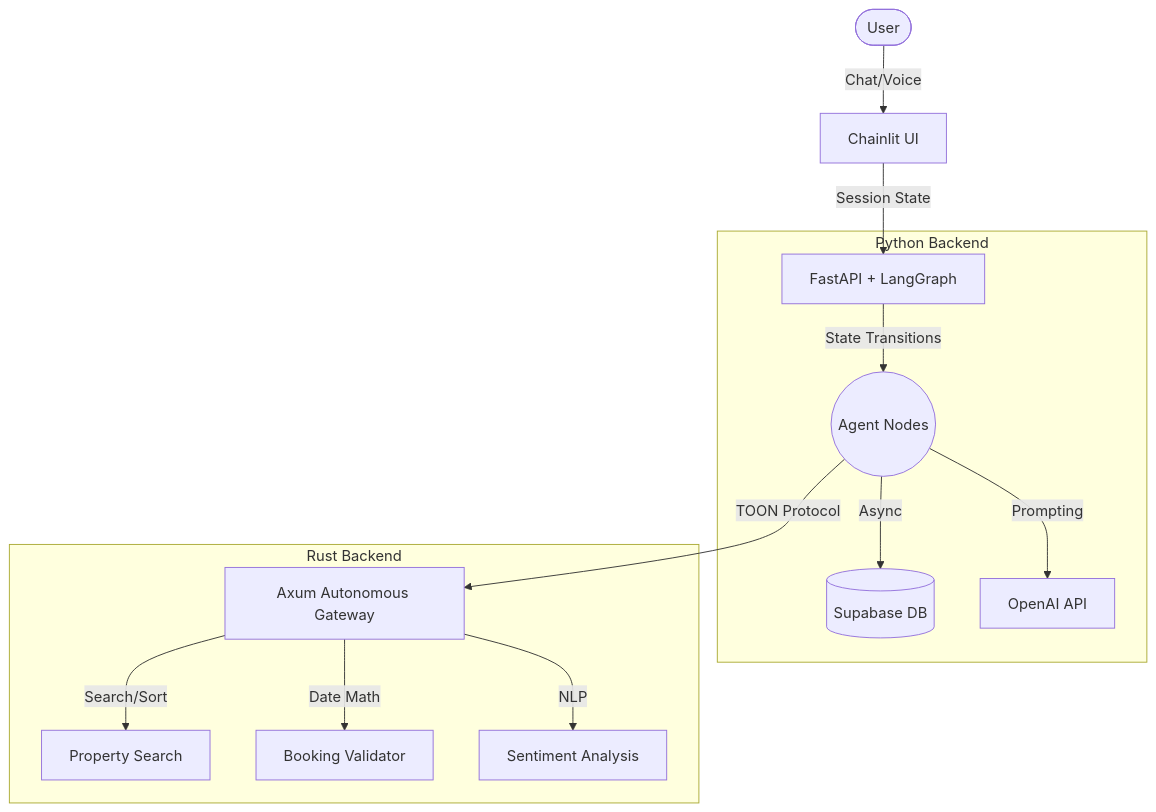
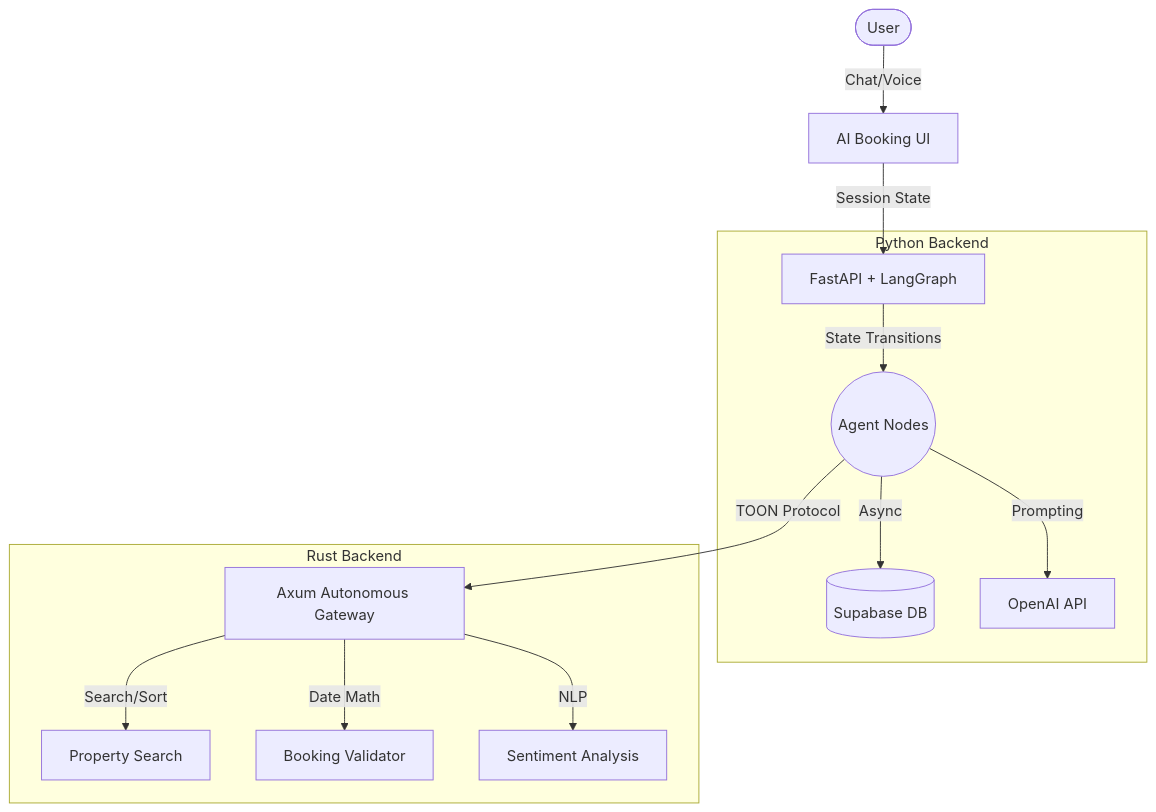
One commit to muhammadhasaan82/AI_Property_Booking_concierge changed the first of 2 diagrams in README.md. Above: the diagram before and after it, drawn with Mermaid. The commit also changed other lines of this file and 16 other files, not shown here.

````diff
--- a/README.md
+++ b/README.md
@@ -25,18 +25,18 @@
 ```mermaid
 graph TD
-    User([User]) -->|Chat/Voice| UI[Chainlit UI]
+    User([User]) -->|Chat/Voice| UI[AI Booking UI]
     UI -->|Session State| Python_Gateway[FastAPI + LangGraph]
     
     subgraph Python Backend
         Python_Gateway -->|State Transitions| Agents((Agent Nodes))
         Agents -->|Async| Supabase[(Supabase DB)]
         Agents -->|Prompting| OpenAI[OpenAI API]
     end
     
     subgraph Rust Backend
         Agents -->|TOON Protocol| Rust_Gateway[Axum Autonomous Gateway]
         Rust_Gateway -->|Search/Sort| Tools_Search[Property Search]
         Rust_Gateway -->|Date Math| Tools_Valid[Booking Validator]
         Rust_Gateway -->|NLP| Tools_Sentiment[Sentiment Analysis]
     end
 ```
````
